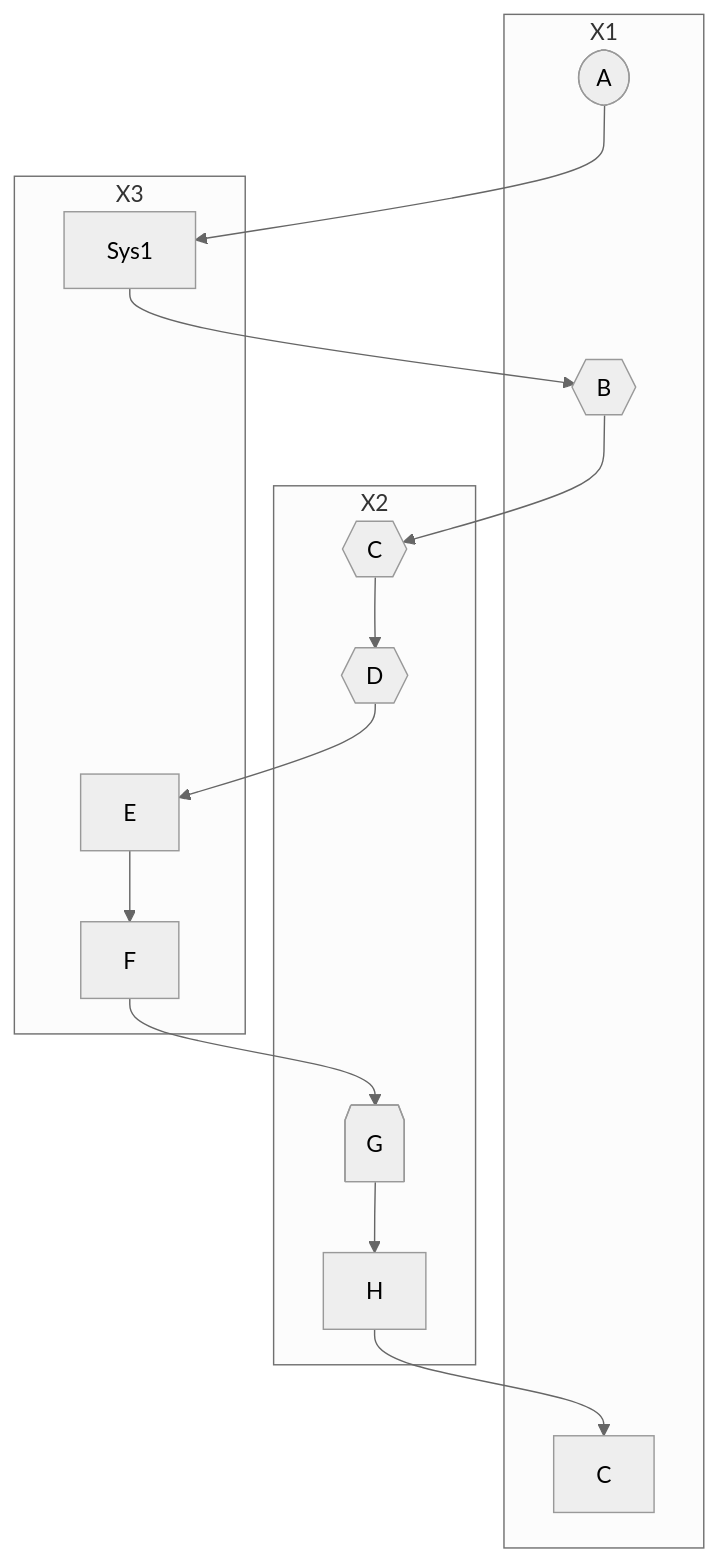
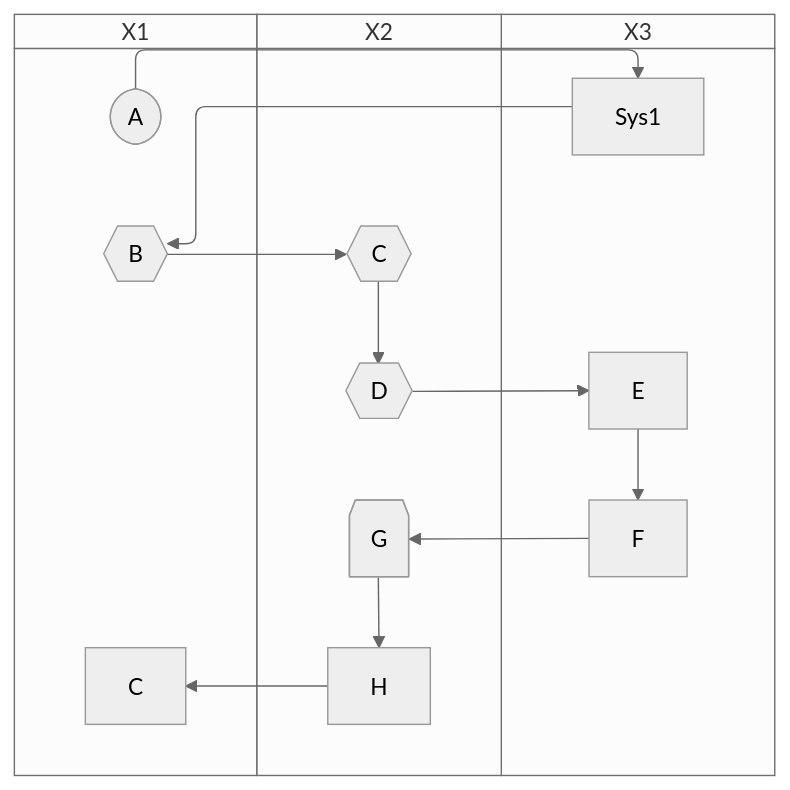
The diagram in cypress/platform/dev-diagrams/layout-tests/swimlanes/hexagons.mmd (mermaid-js/mermaid), drawn with Mermaid (neutral theme) before and after one commit. The commit also changed 1 other file, not shown here.

```diff
--- a/cypress/platform/dev-diagrams/layout-tests/swimlanes/hexagons.mmd
+++ b/cypress/platform/dev-diagrams/layout-tests/swimlanes/hexagons.mmd
@@ -1,31 +1,31 @@
-flowchart TB
+swimlane-beta TB
 subgraph X1
   A([A])
   B{{B}}
   I[C]
 end
 subgraph X2
   C{{C}}
   D{{D}}
   G@{ shape: notch-pent, label: "G" }
   H[H]
 end
 subgraph X3
   Sys1[Sys1]
   E[E]
   F[F]
 end
   A --> Sys1
   --> B
   --> C
   --> D
   --> E
   --> F
   --> G
   --> H
   --> I
     %% A[Christmas] -->|Get money| B(Go shopping)
     %% B --> C{Let me think}
     %% C -->|One| D[Laptop]
     %% C -->|Two| E[iPhone]
     %% C -->|Three| F[fa:fa-car Car]
```
